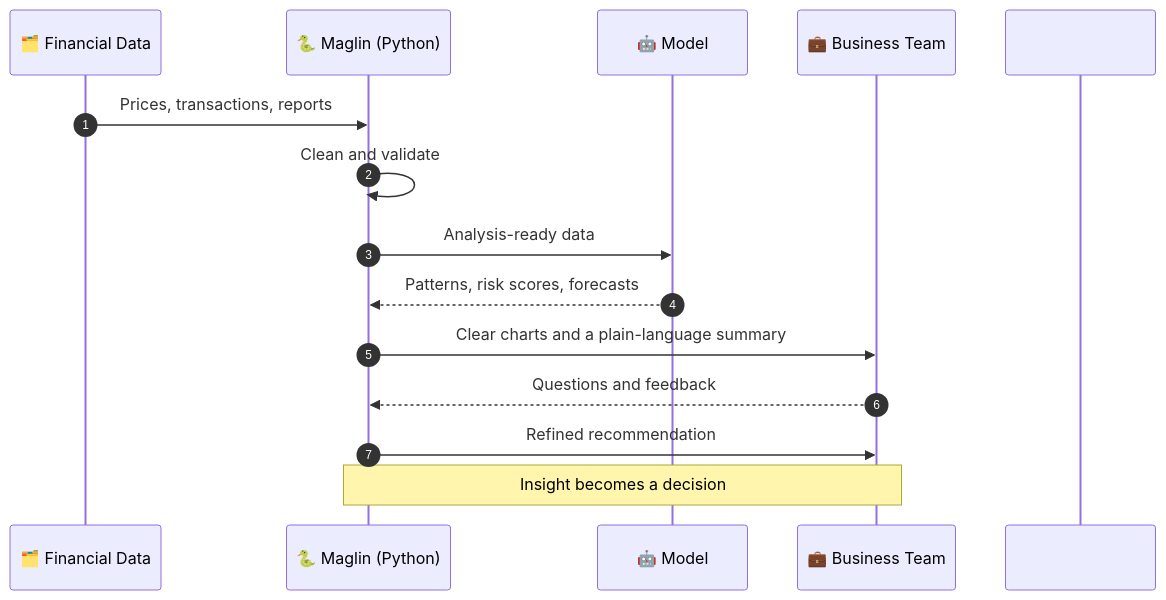
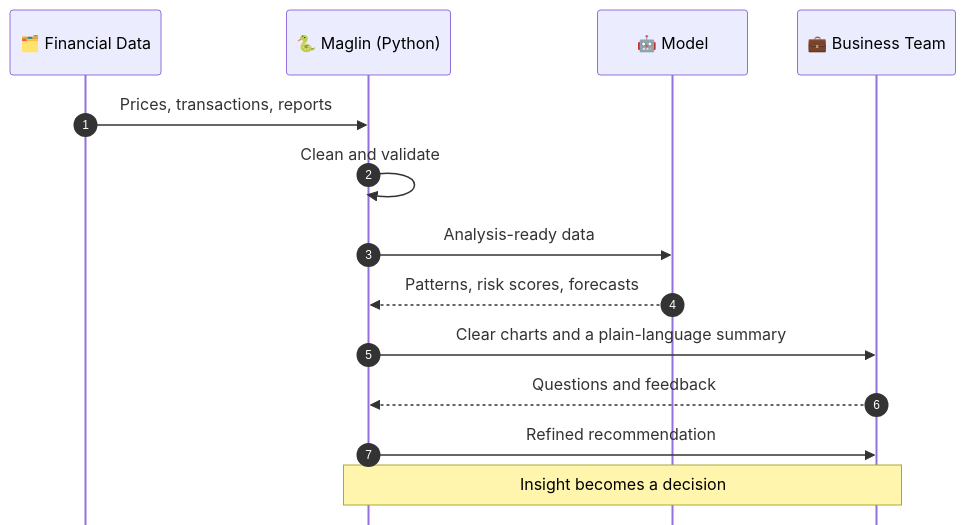
One commit to maglin997/maglin997 changed the first of 2 diagrams in README.md. Above: the diagram before and after it, drawn with Mermaid.

Commit message:
Profile Github

````diff
--- a/README.md
+++ b/README.md
@@ -48,18 +48,17 @@
 ```mermaid
-%%{init: {'themeCSS': '[name="Z"] { opacity: 0 !important; }'}}%%
+%%{init: {'sequence': {'mirrorActors': false}}}%%
 sequenceDiagram
     autonumber
     participant D as 🗂️ Financial Data
     participant M as 🐍 Maglin (Python)
     participant S as 🤖 Model
     participant B as 💼 Business Team
-    participant Z as #160;
     D->>M: Prices, transactions, reports
     M->>M: Clean and validate
     M->>S: Analysis-ready data
     S-->>M: Patterns, risk scores, forecasts
     M->>B: Clear charts and a plain-language summary
     B-->>M: Questions and feedback
     M->>B: Refined recommendation
     Note over M,B: Insight becomes a decision
 ```
````
